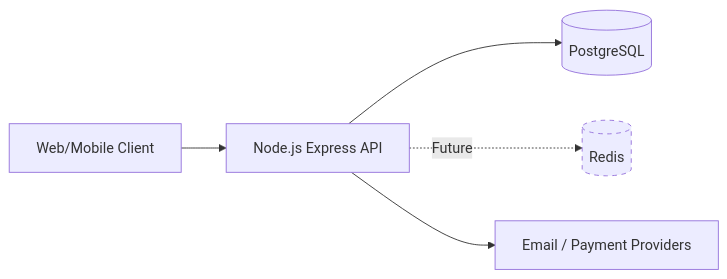
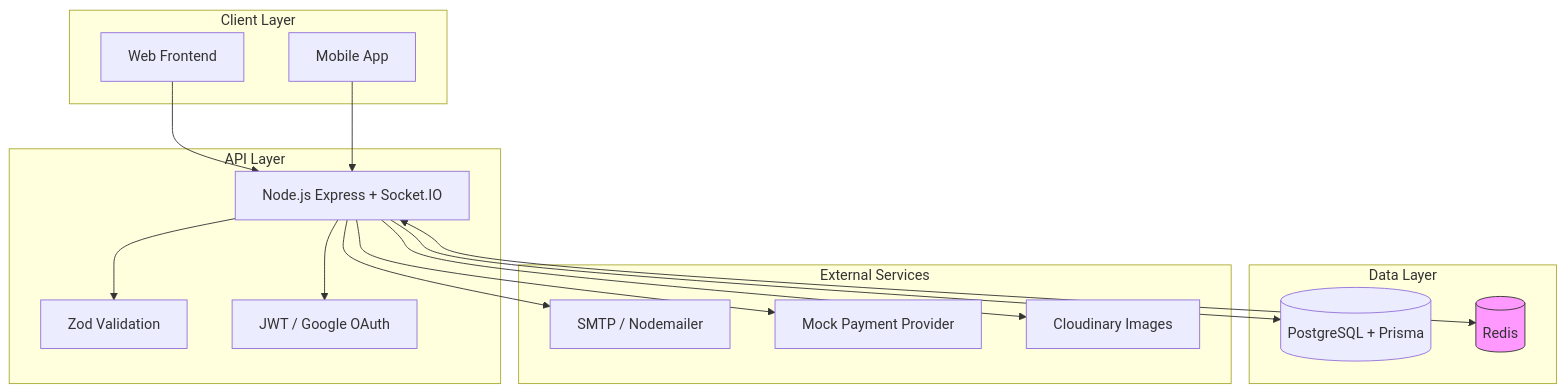
One commit to Nikolas-vl/bar-backend changed the first of 3 diagrams in src/docs/ARCHITECTURE.md. Above: the diagram before and after it, drawn with Mermaid. The commit also changed other lines of this file and 5 other files, not shown here.

````diff
--- a/src/docs/ARCHITECTURE.md
+++ b/src/docs/ARCHITECTURE.md
@@ -11,9 +11,35 @@
 ```mermaid
-graph LR
-    Client[Web/Mobile Client] --> API[Node.js Express API]
-    API --> DB[(PostgreSQL)]
-    API -. Future .-> Cache[(Redis)]
-    API --> Ext[Email / Payment Providers]
+graph TD
+    subgraph Client Layer
+        Web[Web Frontend]
+        Mobile[Mobile App]
+    end
+
+    subgraph API Layer
+        API[Node.js Express + Socket.IO]
+        Validation[Zod Validation]
+        Auth[JWT / Google OAuth]
+    end
+
+    subgraph Data Layer
+        DB[(PostgreSQL + Prisma)]
+        Redis[(Redis)]
+    end
+
+    subgraph External Services
+        Email[SMTP / Nodemailer]
+        Payment[Mock Payment Provider]
+        Cloud[Cloudinary Images]
+    end
+
+    Web & Mobile --> API
+    API --> Validation
+    API --> Auth
+    API --> DB
+    API <--> Redis
+    API --> Email
+    API --> Payment
+    API --> Cloud
     
-    style Cache stroke-dasharray: 5 5
+    style Redis fill:#f9f,stroke:#333
 ```
````
